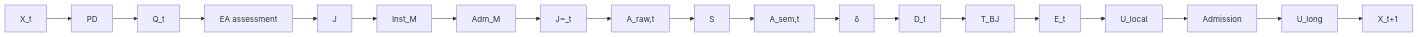
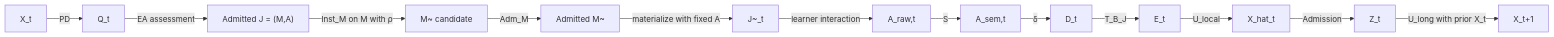
One commit to thatao72/three-twin-docs changed the seventh of 7 diagrams in content/architecture.md. Above: the diagram before and after it, drawn with Mermaid. The commit also changed other lines of this file, not shown here.

Commit message:
Clarify object-map notation and assessment flow

````diff
--- a/content/architecture.md
+++ b/content/architecture.md
@@ -369,7 +414,29 @@
 ```mermaid
 flowchart LR
-    X["X_t"] --> PD["PD"] --> Q["Q_t"] --> EA["EA assessment"]
-    EA --> J["J"] --> IM["Inst_M"] --> AM["Adm_M"] --> JT["J~_t"]
-    JT --> AR["A_raw,t"] --> S["S"] --> AS["A_sem,t"] --> DLT["δ"] --> D["D_t"]
-    D --> T["T_BJ"] --> E["E_t"] --> UL["U_local"] --> AD["Admission"] --> LONG["U_long"] --> X2["X_t+1"]
+    X["X_t"]
+    Q["Q_t"]
+    J["Admitted J = (M,A)"]
+    MC["M~ candidate"]
+    MT["Admitted M~"]
+    JT["J~_t"]
+    AR["A_raw,t"]
+    AS["A_sem,t"]
+    D["D_t"]
+    E["E_t"]
+    XH["X_hat_t"]
+    Z["Z_t"]
+    X2["X_t+1"]
+
+    X -->|"PD"| Q
+    Q -->|"EA assessment"| J
+    J -->|"Inst_M on M with ρ"| MC
+    MC -->|"Adm_M"| MT
+    MT -->|"materialize with fixed A"| JT
+    JT -->|"learner interaction"| AR
+    AR -->|"S"| AS
+    AS -->|"δ"| D
+    D -->|"T_B_J"| E
+    E -->|"U_local"| XH
+    XH -->|"Admission"| Z
+    Z -->|"U_long with prior X_t"| X2
 ```
````
